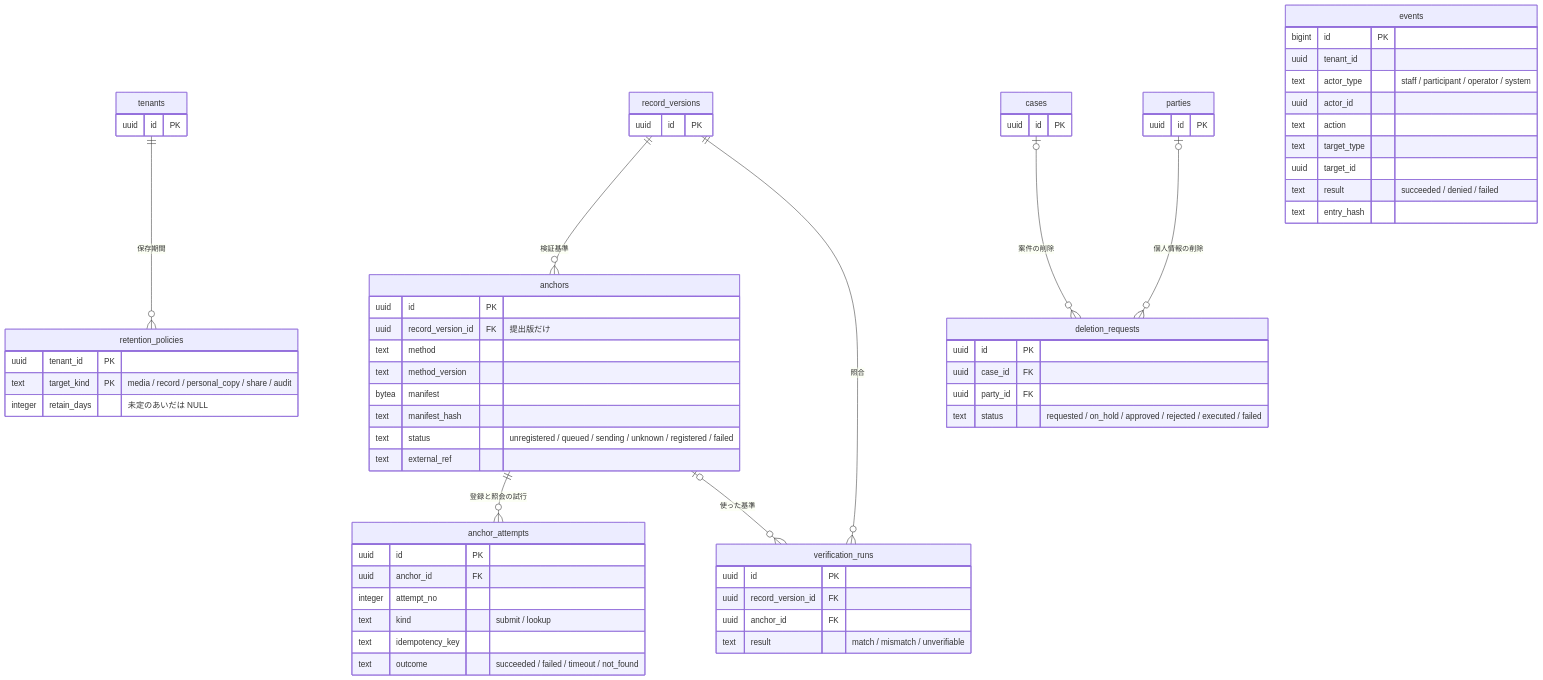
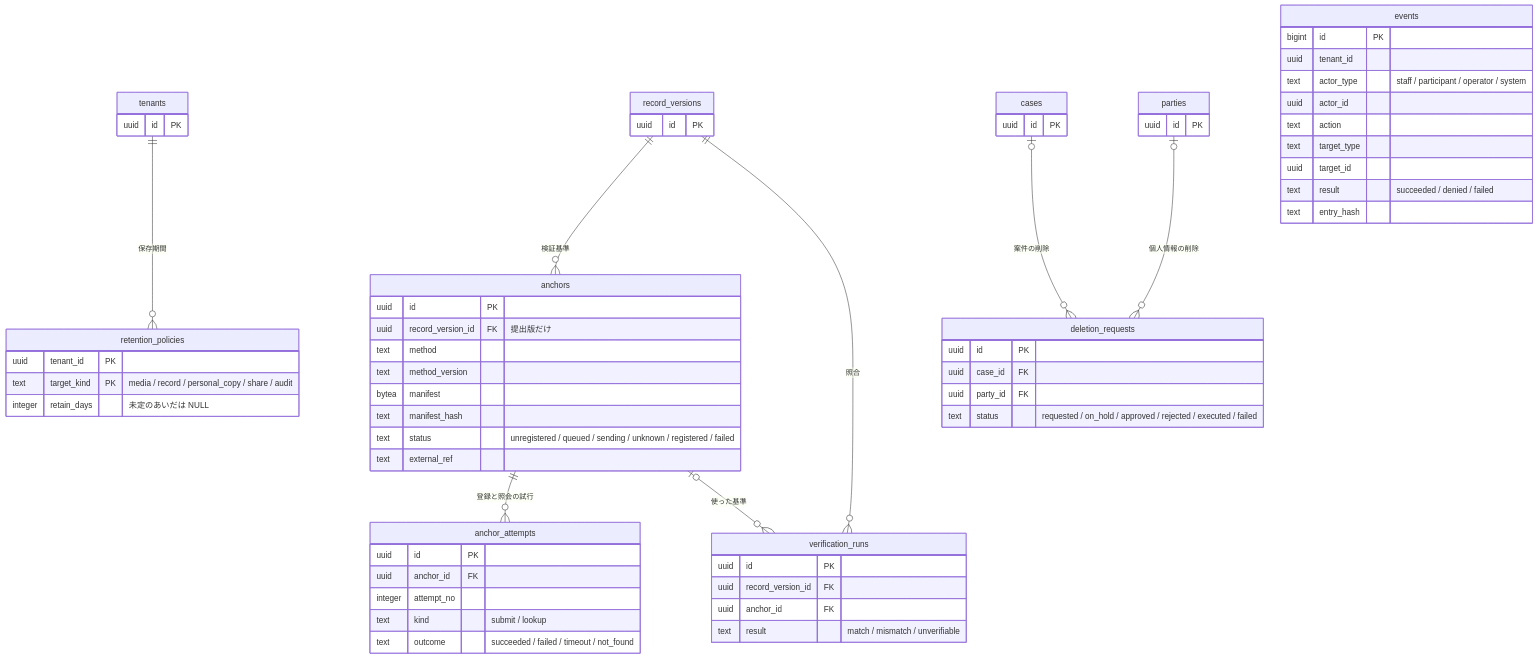
One commit to nao317/mobile_tracer changed the fourth of 4 diagrams in docs/schema/er.md. Above: the diagram before and after it, drawn with Mermaid. The commit also changed other lines of this file and 5 other files, not shown here.

````diff
--- a/docs/schema/er.md
+++ b/docs/schema/er.md
@@ -375,69 +377,68 @@
 ```mermaid
 erDiagram
   record_versions ||--o{ anchors : "検証基準"
   anchors ||--o{ anchor_attempts : "登録と照会の試行"
   record_versions ||--o{ verification_runs : "照合"
   anchors |o--o{ verification_runs : "使った基準"
   tenants ||--o{ retention_policies : "保存期間"
   cases |o--o{ deletion_requests : "案件の削除"
   parties |o--o{ deletion_requests : "個人情報の削除"
 
   record_versions {
     uuid id PK
   }
   tenants {
     uuid id PK
   }
   cases {
     uuid id PK
   }
   parties {
     uuid id PK
   }
   anchors {
     uuid id PK
     uuid record_version_id FK "提出版だけ"
     text method
     text method_version
     bytea manifest
     text manifest_hash
     text status "unregistered / queued / sending / unknown / registered / failed"
     text external_ref
   }
   anchor_attempts {
     uuid id PK
     uuid anchor_id FK
     integer attempt_no
     text kind "submit / lookup"
-    text idempotency_key
     text outcome "succeeded / failed / timeout / not_found"
   }
   verification_runs {
     uuid id PK
     uuid record_version_id FK
     uuid anchor_id FK
     text result "match / mismatch / unverifiable"
   }
   retention_policies {
     uuid tenant_id PK
     text target_kind PK "media / record / personal_copy / share / audit"
     integer retain_days "未定のあいだは NULL"
   }
   deletion_requests {
     uuid id PK
     uuid case_id FK
     uuid party_id FK
     text status "requested / on_hold / approved / rejected / executed / failed"
   }
   events {
     bigint id PK
     uuid tenant_id
     text actor_type "staff / participant / operator / system"
     uuid actor_id
     text action
     text target_type
     uuid target_id
     text result "succeeded / denied / failed"
     text entry_hash
   }
 ```
````
